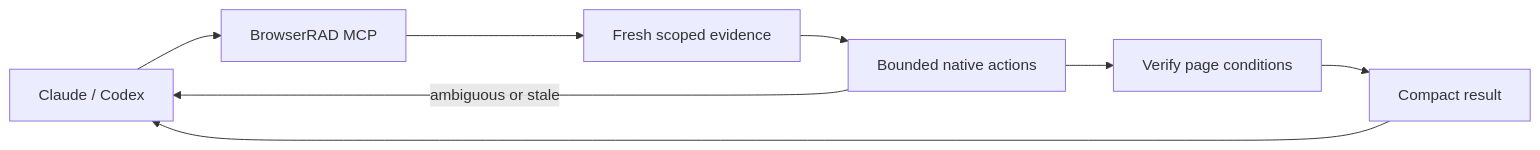
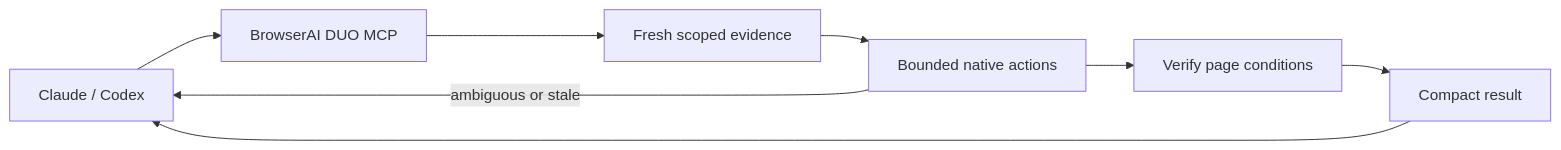
Before and after one commit to RaDeleon/BrowserOS: the diagram in README.md, drawn with Mermaid. The commit also changed other lines of this file and 133 other files, not shown here.

First line of the commit message:
feat: rebrand browser fork as BrowserAI DUO

````diff
--- a/README.md
+++ b/README.md
@@ -43,10 +47,10 @@
 ```mermaid
 flowchart LR
-  A[Claude / Codex] --> B[BrowserRAD MCP]
+  A[Claude / Codex] --> B[BrowserAI DUO MCP]
   B --> C[Fresh scoped evidence]
   C --> D[Bounded native actions]
   D --> E[Verify page conditions]
   E --> F[Compact result]
   F --> A
   D -->|ambiguous or stale| A
 ```
````
